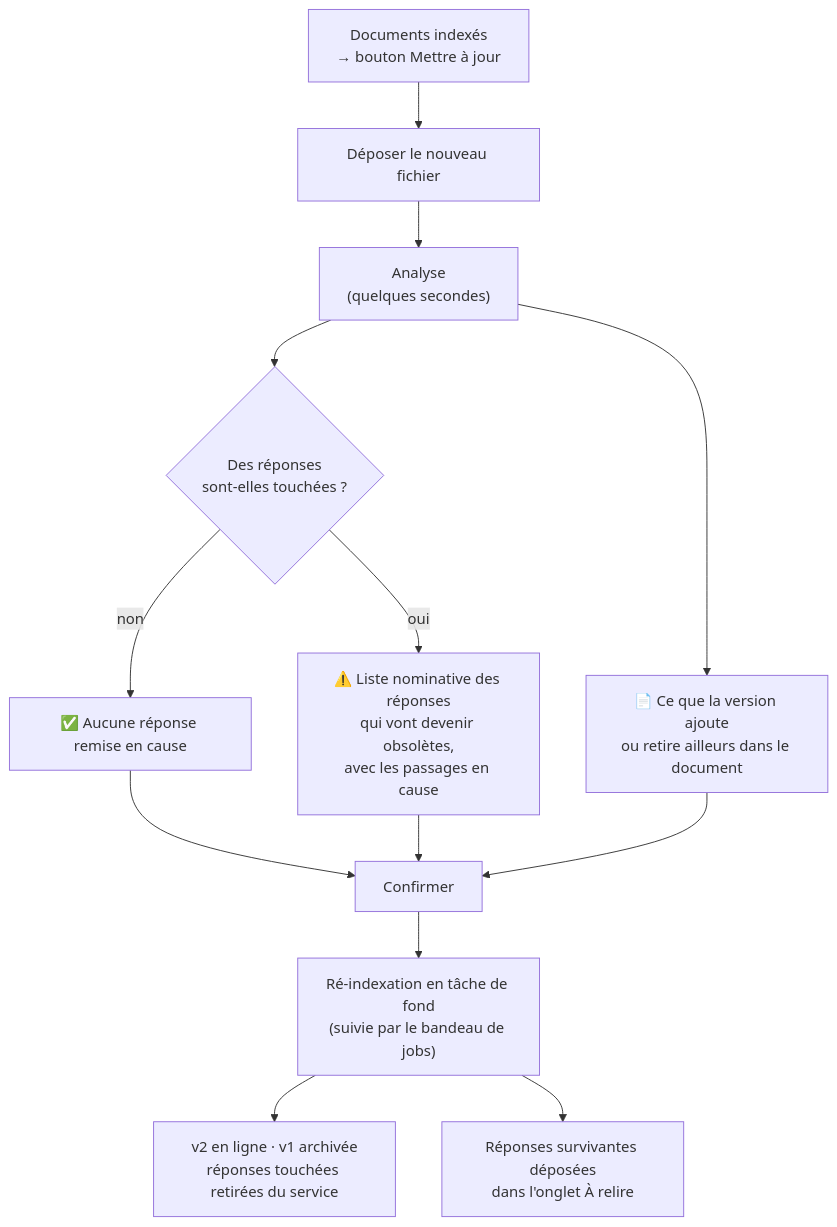
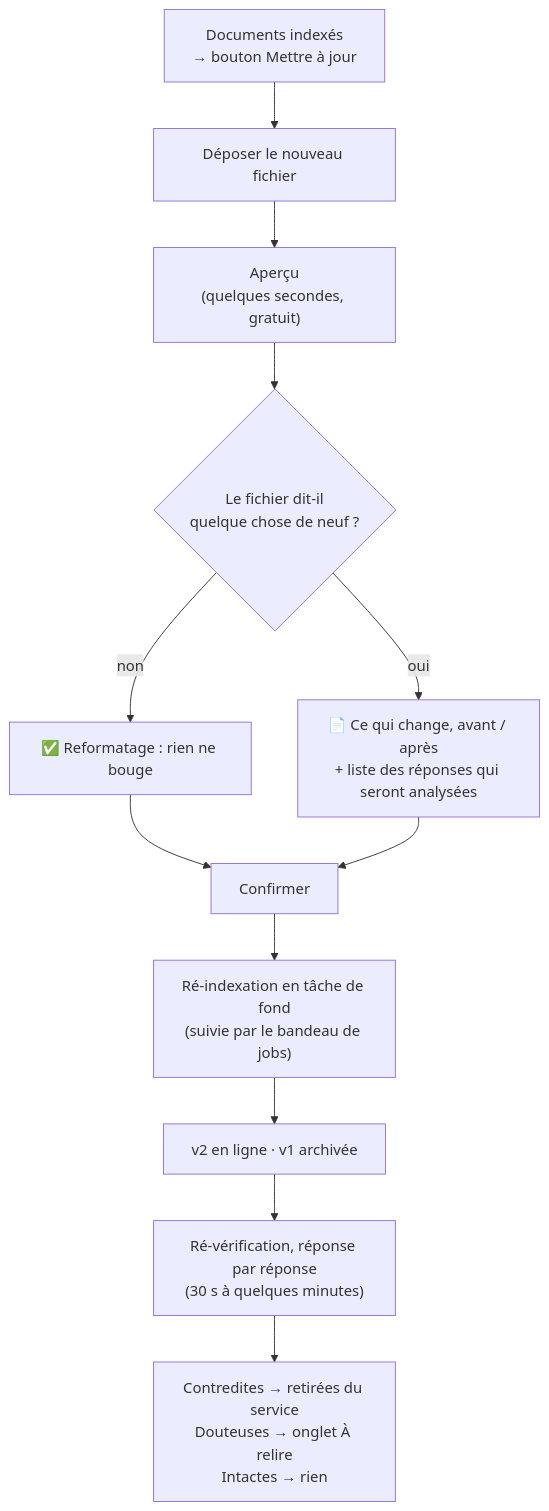
The diagram in Docs/mise-a-jour-documents.md (ThomasHWD/TicketAI), drawn with Mermaid before and after one commit. The commit also changed other lines of this file and 76 other files, not shown here.

First line of the commit message:
feat: pipeline de révérification des réponses après mise à jour de document

````diff
--- a/Docs/mise-a-jour-documents.md
+++ b/Docs/mise-a-jour-documents.md
@@ -20,15 +20,14 @@
 ```mermaid
 flowchart TD
     A["Documents indexés<br/>→ bouton Mettre à jour"] --> B["Déposer le nouveau fichier"]
-    B --> C["Analyse<br/>(quelques secondes)"]
-    C --> D{"Des réponses<br/>sont-elles touchées ?"}
-    D -- non --> E["✅ Aucune réponse remise en cause"]
-    D -- oui --> F["⚠️ Liste nominative des réponses<br/>qui vont devenir obsolètes,<br/>avec les passages en cause"]
-    C --> J["📄 Ce que la version ajoute<br/>ou retire ailleurs dans le document"]
+    B --> C["Aperçu<br/>(quelques secondes, gratuit)"]
+    C --> D{"Le fichier dit-il<br/>quelque chose de neuf ?"}
+    D -- non --> E["✅ Reformatage : rien ne bouge"]
+    D -- oui --> F["📄 Ce qui change, avant / après<br/>+ liste des réponses qui seront analysées"]
     E --> G["Confirmer"]
     F --> G
-    J --> G
     G --> H["Ré-indexation en tâche de fond<br/>(suivie par le bandeau de jobs)"]
-    H --> I["v2 en ligne · v1 archivée<br/>réponses touchées retirées du service"]
-    H --> K["Réponses survivantes déposées<br/>dans l'onglet À relire"]
+    H --> I["v2 en ligne · v1 archivée"]
+    I --> J["Ré-vérification, réponse par réponse<br/>(30 s à quelques minutes)"]
+    J --> K["Contredites → retirées du service<br/>Douteuses → onglet À relire<br/>Intactes → rien"]
 ```
````
